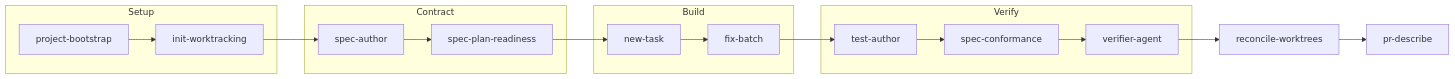
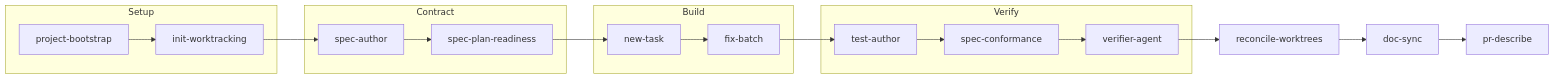
One commit to hams-ollo/zen-agent-skills changed the diagram in README.md. Above: the diagram before and after it, drawn with Mermaid. The commit also changed other lines of this file and 33 other files, not shown here.

````diff
--- a/README.md
+++ b/README.md
@@ -41,21 +41,22 @@
 ```mermaid
 flowchart LR
   subgraph Setup
     A[project-bootstrap] --> B[init-worktracking]
   end
   subgraph Contract
     C[spec-author] --> D[spec-plan-readiness]
   end
   subgraph Build
     E[new-task] --> F[fix-batch]
   end
   subgraph Verify
     G[test-author] --> H[spec-conformance]
     H --> I[verifier-agent]
   end
   B --> C
   D --> E
   F --> G
   I --> J[reconcile-worktrees]
-  J --> K[pr-describe]
+  J --> L[doc-sync]
+  L --> K[pr-describe]
 ```
````
